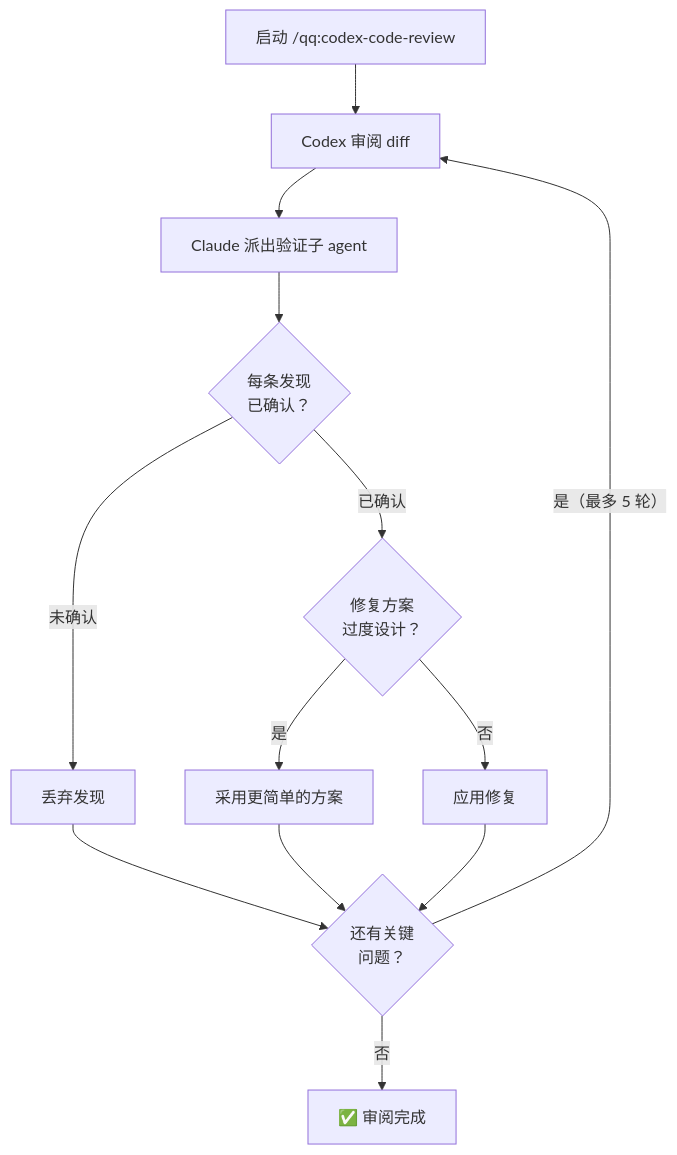
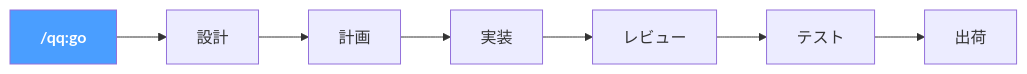
Before and after one commit to brandonle7116/quick-question: diagram 11 of 12 in README.md, drawn with Mermaid. The commit also changed other lines of this file and 6 other files, not shown here.

````diff
--- a/README.md
+++ b/README.md
@@ -821,15 +646,11 @@
 ```mermaid
-flowchart TD
-    A["启动 /qq:codex-code-review"] --> B["Codex 审阅 diff"]
-    B --> C["Claude 派出验证子 agent"]
-    C --> D{"每条发现\n已确认？"}
-    D -->|"未确认"| E["丢弃发现"]
-    D -->|"已确认"| F{"修复方案\n过度设计？"}
-    F -->|"是"| G["采用更简单的方案"]
-    F -->|"否"| H["应用修复"]
-    E --> I{"还有关键\n问题？"}
-    G --> I
-    H --> I
-    I -->|"是（最多 5 轮）"| B
-    I -->|"否"| J["✅ 审阅完成"]
+flowchart LR
+    GO["<b>/qq:go</b>"] --> D["設計"]
+    D --> P["計画"]
+    P --> E["実装"]
+    E --> R["レビュー"]
+    R --> T["テスト"]
+    T --> S["出荷"]
+
+    style GO fill:#4a9eff,color:#fff
 ```
````
